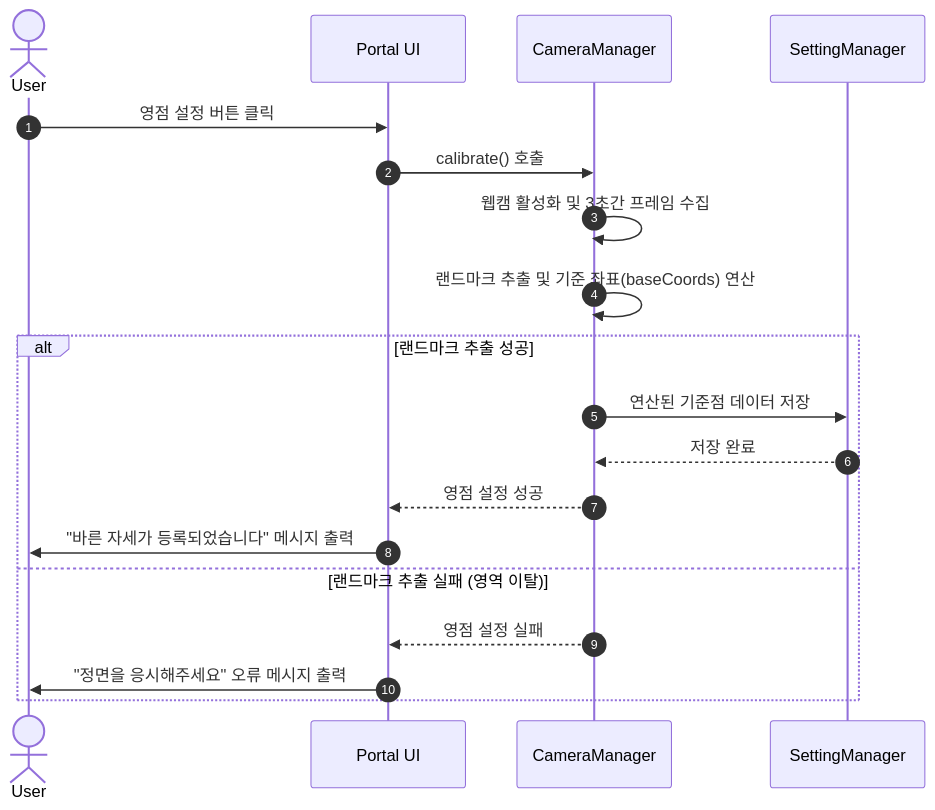
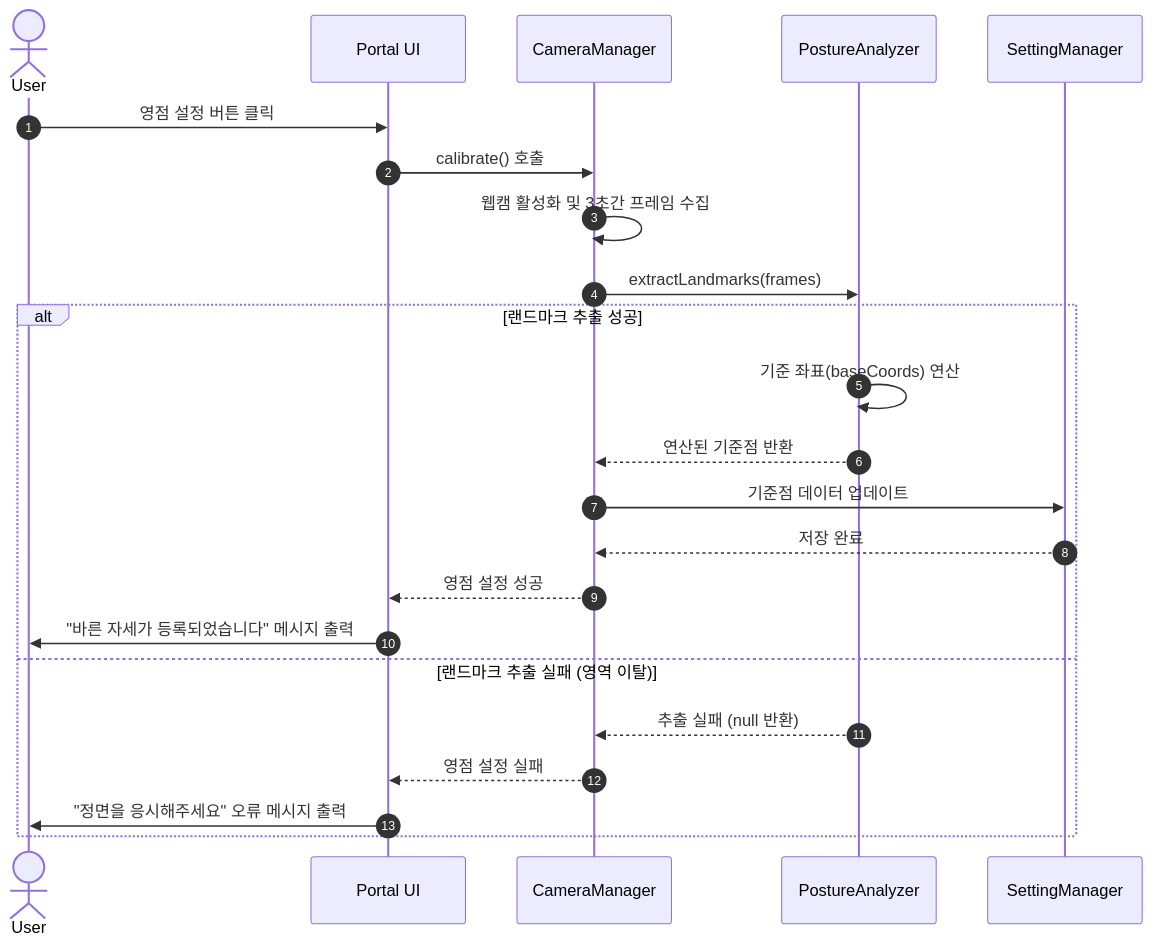
One commit to wjsehd/Posture-Guardian-Project changed the third of 6 diagrams in Design_[22313532_전동규].md. Above: the diagram before and after it, drawn with Mermaid. The commit also changed other lines of this file, not shown here.

````diff
--- a/Design_[22313532_전동규].md
+++ b/Design_[22313532_전동규].md
@@ -189,23 +199,27 @@
 ```mermaid
 sequenceDiagram
     autonumber
     actor User
     participant UI as Portal UI
     participant CM as CameraManager
+    participant PA as PostureAnalyzer
     participant SM as SettingManager
 
     User->>UI: 영점 설정 버튼 클릭
     UI->>CM: calibrate() 호출
     CM->>CM: 웹캠 활성화 및 3초간 프레임 수집
-    CM->>CM: 랜드마크 추출 및 기준 좌표(baseCoords) 연산
+    CM->>PA: extractLandmarks(frames)
     
     alt 랜드마크 추출 성공
-        CM->>SM: 연산된 기준점 데이터 저장
+        PA->>PA: 기준 좌표(baseCoords) 연산
+        PA-->>CM: 연산된 기준점 반환
+        CM->>SM: 기준점 데이터 업데이트
         SM-->>CM: 저장 완료
         CM-->>UI: 영점 설정 성공
         UI->>User: "바른 자세가 등록되었습니다" 메시지 출력
     else 랜드마크 추출 실패 (영역 이탈)
+        PA-->>CM: 추출 실패 (null 반환)
         CM-->>UI: 영점 설정 실패
         UI->>User: "정면을 응시해주세요" 오류 메시지 출력
     end
 ```
````
